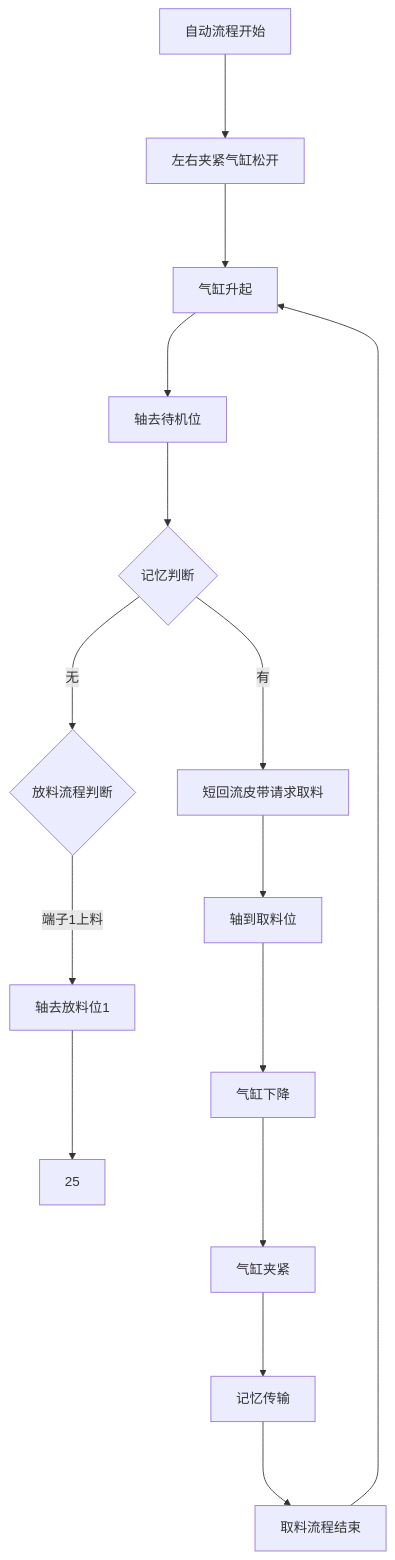
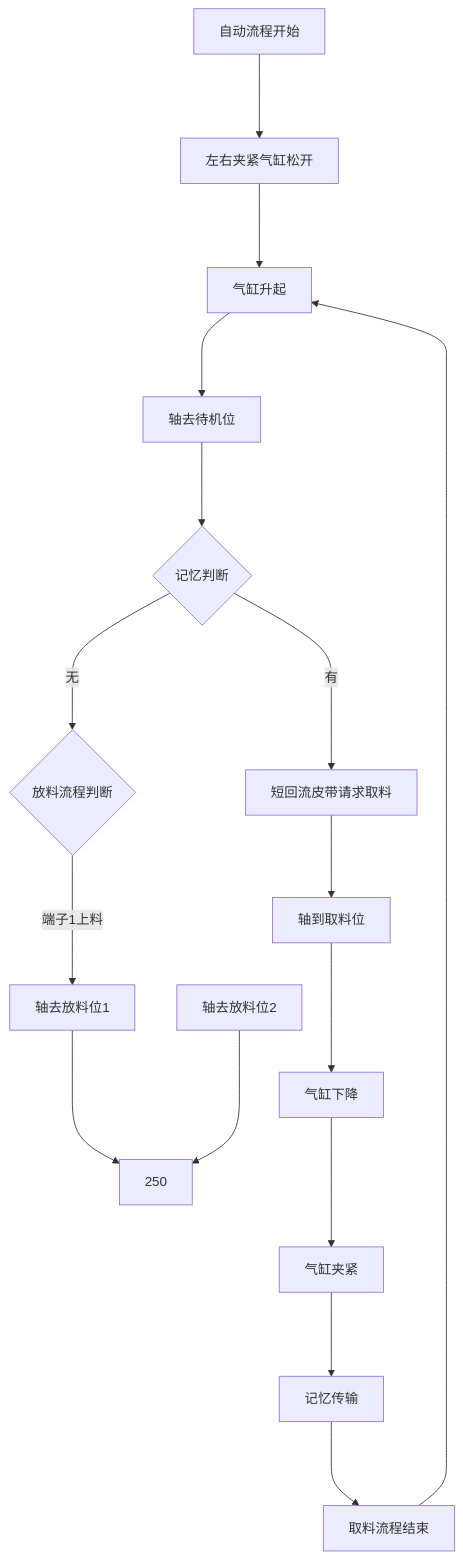
The diagram in all/OP70工位3左载具搬运.md (zmq000/iodraw-files), drawn with Mermaid before and after one commit.

Commit message:
2026-06-17 16:47:25 update

````diff
--- a/all/OP70工位3左载具搬运.md
+++ b/all/OP70工位3左载具搬运.md
@@ -1,18 +1,19 @@
 ```mermaid
 graph TD
   自动流程开始--->10
   10[左右夹紧气缸松开]--->20
   20[气缸升起]--->30
   30[轴去待机位]--->40
   40{记忆判断}--->|有|100
   40--->|无|200
   100[短回流皮带请求取料]-->110
   110[轴到取料位]--->120
   120[气缸下降]--->130
   130[气缸夹紧]--->140
   140[记忆传输]--->150
   150[取料流程结束]--->20
   200{放料流程判断}--->|端子1上料|210
-  210[轴去放料位1]--->25
+  210[轴去放料位1]--->250
+  220[轴去放料位2]--->250
 
 ```
````
